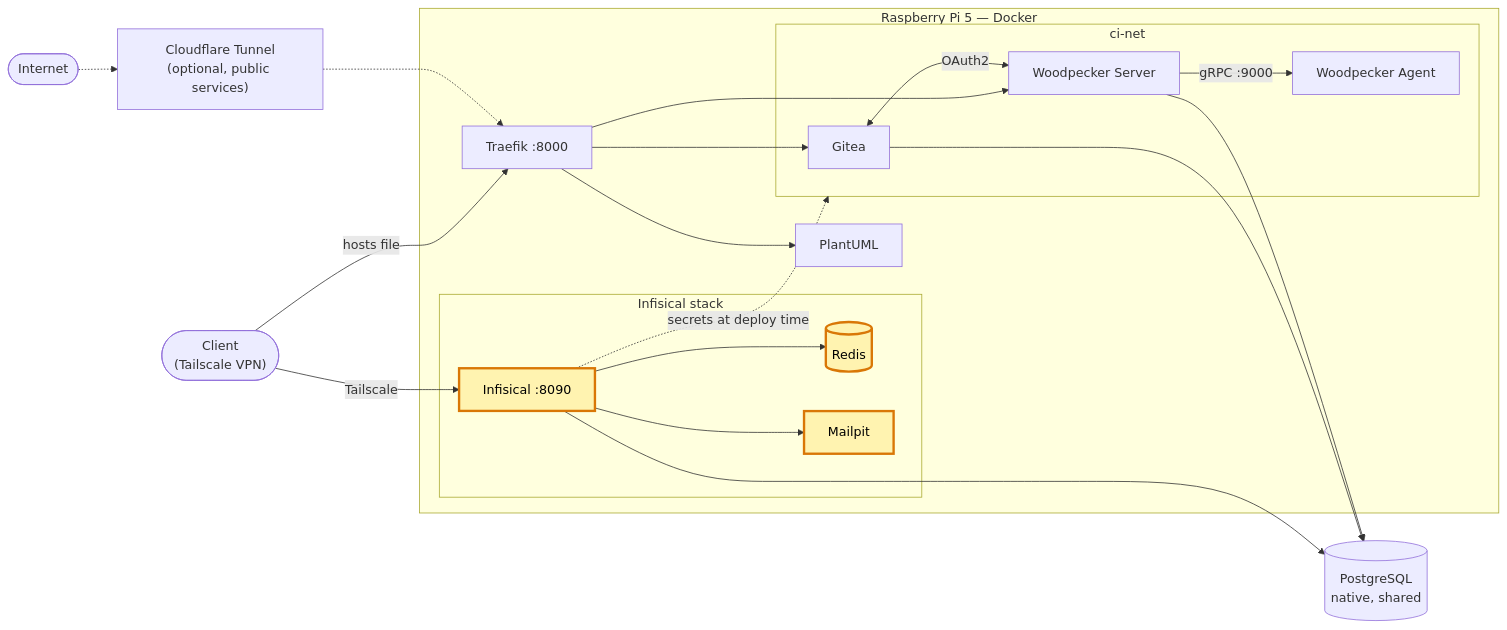
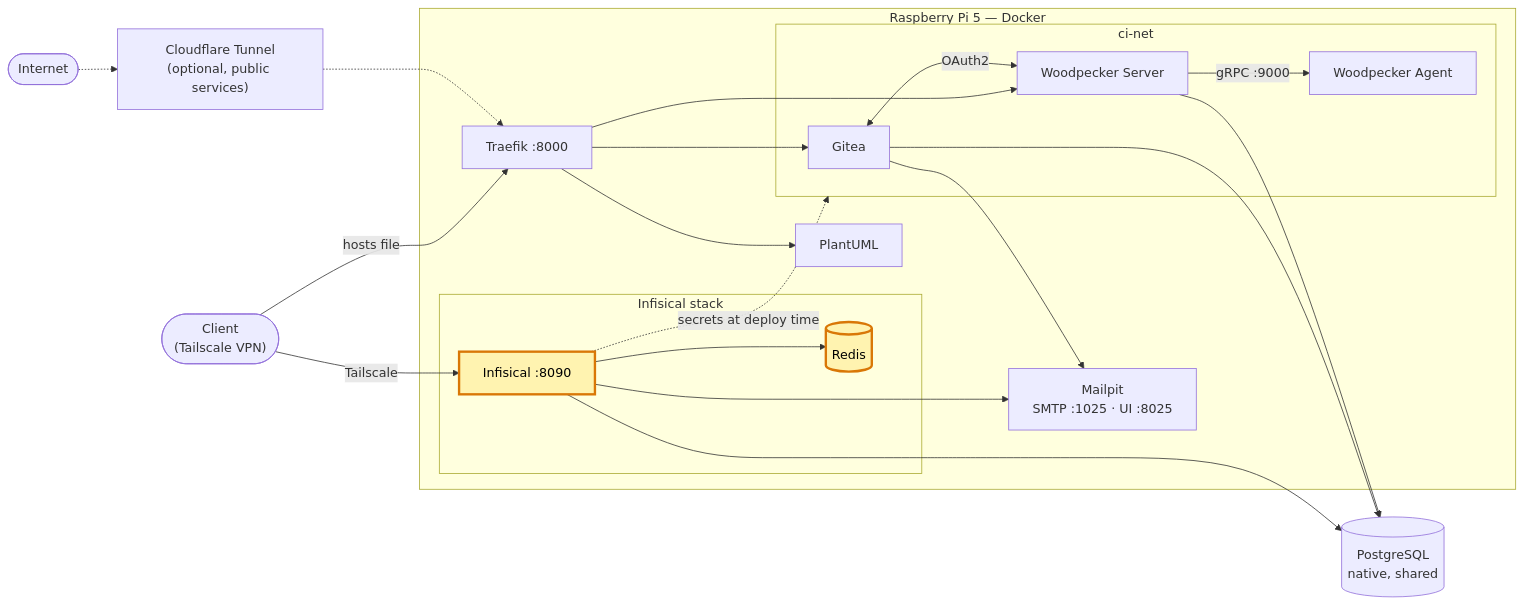
The diagram in README.fr.md (Alithiel31/infisical-homelab), drawn with Mermaid before and after one commit. The commit also changed other lines of this file and 3 other files, not shown here.

````diff
--- a/README.fr.md
+++ b/README.fr.md
@@ -33,34 +33,35 @@
 ```mermaid
 flowchart LR
     client(["Client<br/>(Tailscale VPN)"])
     internet(["Internet"])
     cf["Cloudflare Tunnel<br/>(optional, public services)"]
     subgraph pi ["Raspberry Pi 5 — Docker"]
         traefik["Traefik :8000"]
         subgraph ci ["ci-net"]
             gitea["Gitea"]
             wps["Woodpecker Server"]
             wpa["Woodpecker Agent"]
         end
         plantuml["PlantUML"]
+        mailpit["Mailpit<br/>SMTP :1025 · UI :8025"]
         subgraph vault ["Infisical stack"]
             infisical["Infisical :8090"]
             redis[("Redis")]
-            mailpit["Mailpit"]
         end
     end
     pg[("PostgreSQL<br/>native, shared")]
 
     client -->|"hosts file"| traefik
     internet -.-> cf -.-> traefik
     traefik --> gitea & wps & plantuml
     gitea <-->|OAuth2| wps
     wps -->|"gRPC :9000"| wpa
     gitea & wps & infisical --> pg
-    infisical --> redis & mailpit
+    infisical --> redis
+    infisical & gitea --> mailpit
     client -->|"Tailscale"| infisical
     infisical -.->|"secrets at deploy time"| ci
 
     classDef current fill:#fff3b0,stroke:#d97706,stroke-width:3px,color:#000
-    class infisical,redis,mailpit current
+    class infisical,redis current
 ```
````
